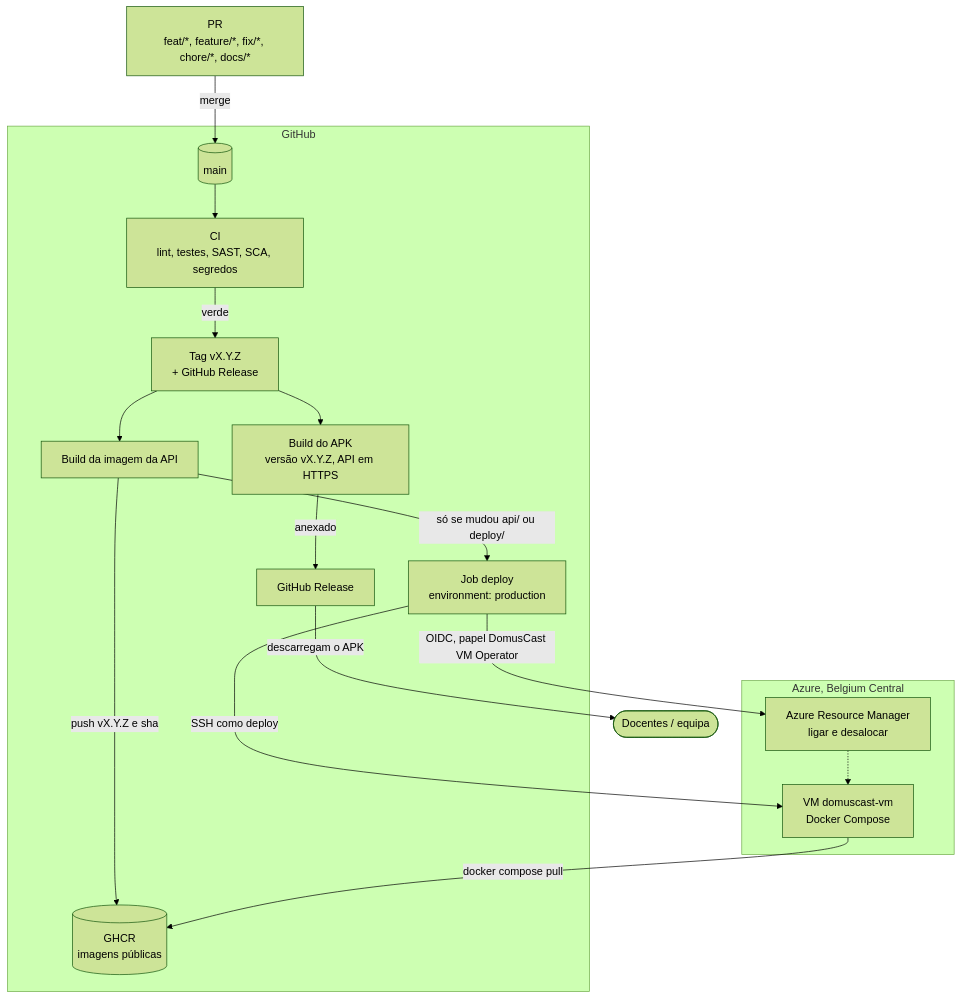
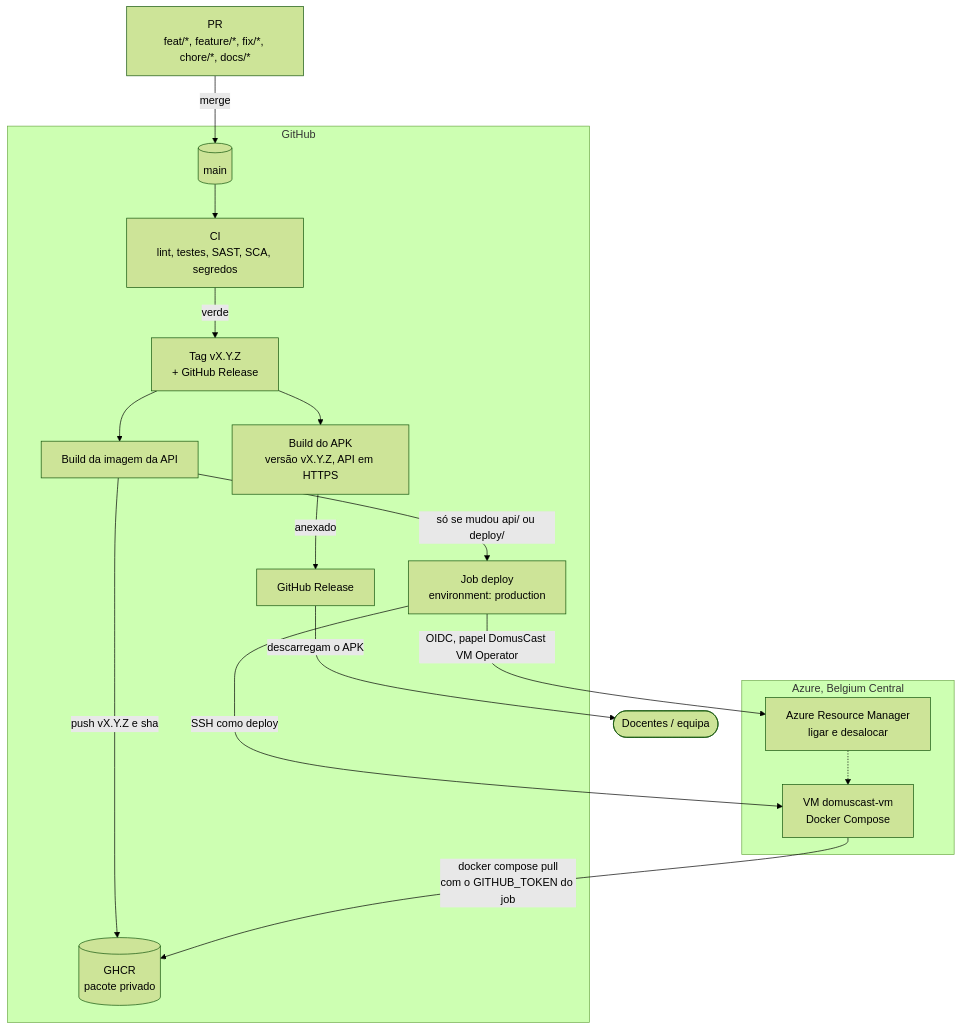
One commit to LMNSdev/LABDSOF_DOMUSCAST changed the first of 4 diagrams in docs/sprintB/VM/README.md. Above: the diagram before and after it, drawn with Mermaid (forest theme). The commit also changed other lines of this file, not shown here.

Commit message:
Docs: pacote GHCR privado e login no deploy

````diff
--- a/docs/sprintB/VM/README.md
+++ b/docs/sprintB/VM/README.md
@@ -169,25 +169,25 @@
 ```mermaid
 flowchart TB
     pr["PR<br/>feat/*, feature/*, fix/*, chore/*, docs/*"] -->|merge| main[("main")]
 
     subgraph gh["GitHub"]
         main --> ci["CI<br/>lint, testes, SAST, SCA, segredos"]
         ci -->|verde| tag["Tag vX.Y.Z<br/>+ GitHub Release"]
         tag --> img["Build da imagem da API"]
         tag --> apk["Build do APK<br/>versão vX.Y.Z, API em HTTPS"]
         apk -->|anexado| ghrel["GitHub Release"]
-        img -->|"push vX.Y.Z e sha"| ghcr[("GHCR<br/>imagens públicas")]
+        img -->|"push vX.Y.Z e sha"| ghcr[("GHCR<br/>pacote privado")]
         img -->|"só se mudou api/ ou deploy/"| dep["Job deploy<br/>environment: production"]
     end
 
     subgraph azure["Azure, Belgium Central"]
         ctrl["Azure Resource Manager<br/>ligar e desalocar"]
         vm["VM domuscast-vm<br/>Docker Compose"]
     end
 
     dep -->|"OIDC, papel DomusCast VM Operator"| ctrl
     ctrl -.-> vm
     dep -->|"SSH como deploy"| vm
-    vm -->|"docker compose pull"| ghcr
+    vm -->|"docker compose pull<br/>com o GITHUB_TOKEN do job"| ghcr
     ghrel -->|"descarregam o APK"| docentes(["Docentes / equipa"])
 ```
````
